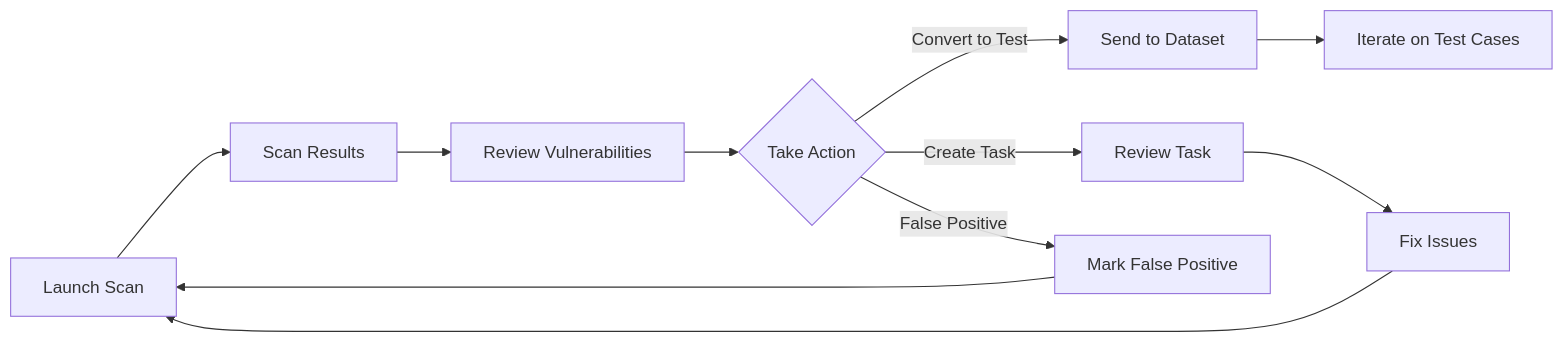
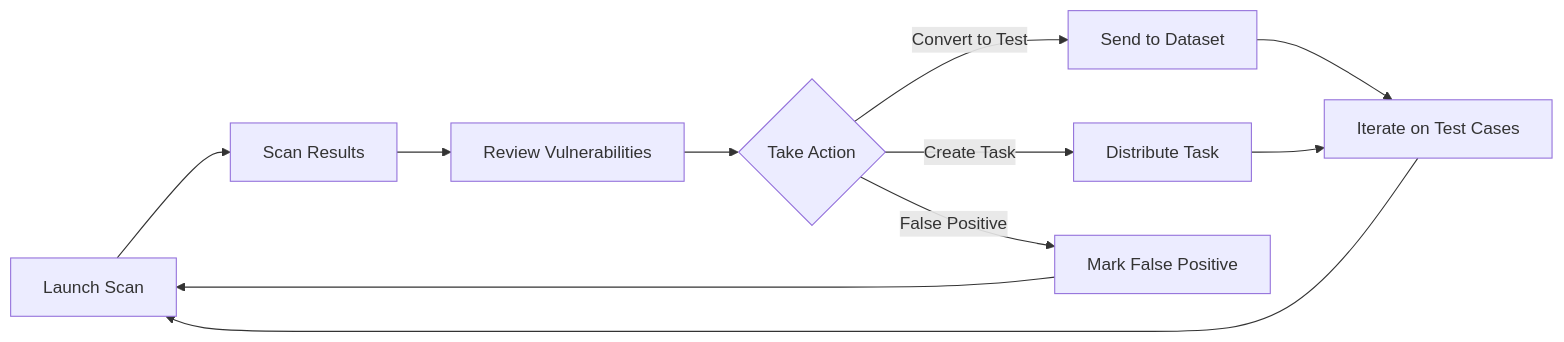
Before and after one commit to Giskard-AI/giskard-hub: the diagram in script-docs/hub/ui/scan/index.rst, drawn with Mermaid. The commit also changed 2 other files, not shown here.

Commit message:
Refactor workflow diagrams in documentation
- Updated the high-level workflow diagrams in `index.rst` files for hub, evaluations, and scan sections.
- Improved clarity by adjusting the flow of tasks, specifically renaming and reorganizing steps related to task management and iterative testing processes.

```diff
--- a/script-docs/hub/ui/scan/index.rst
+++ b/script-docs/hub/ui/scan/index.rst
@@ -57,14 +57,14 @@
 .. mermaid::
    :align: center
 
    graph LR
        A[Launch Scan] --> B[Scan Results]
        B --> C[Review Vulnerabilities]
        C --> D{Take Action}
        D -->|Convert to Test| E[Send to Dataset]
-       D -->|Create Task| F[Review Task]
+       D -->|Create Task| F[Distribute Task]
        D -->|False Positive| G[Mark False Positive]
        E --> H[Iterate on Test Cases]
-       F --> I[Fix Issues]
-       I --> A
+       F --> H
+       H --> A
        G --> A
```
